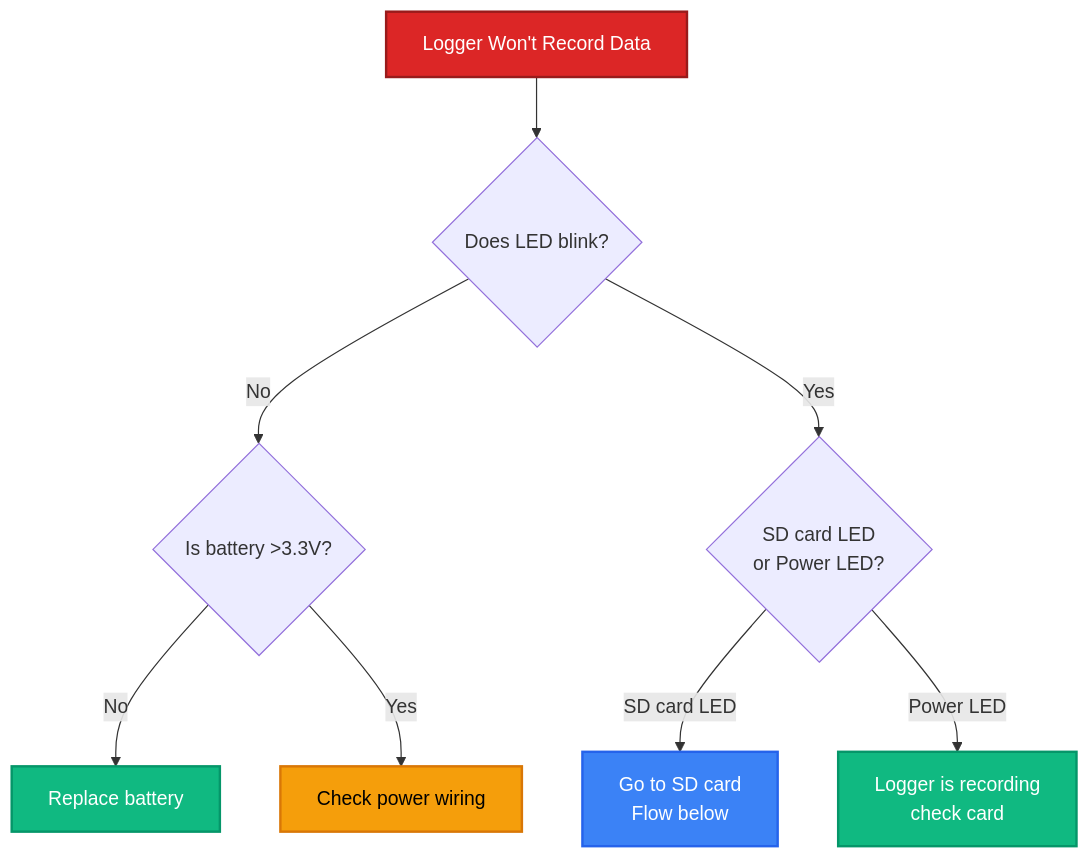
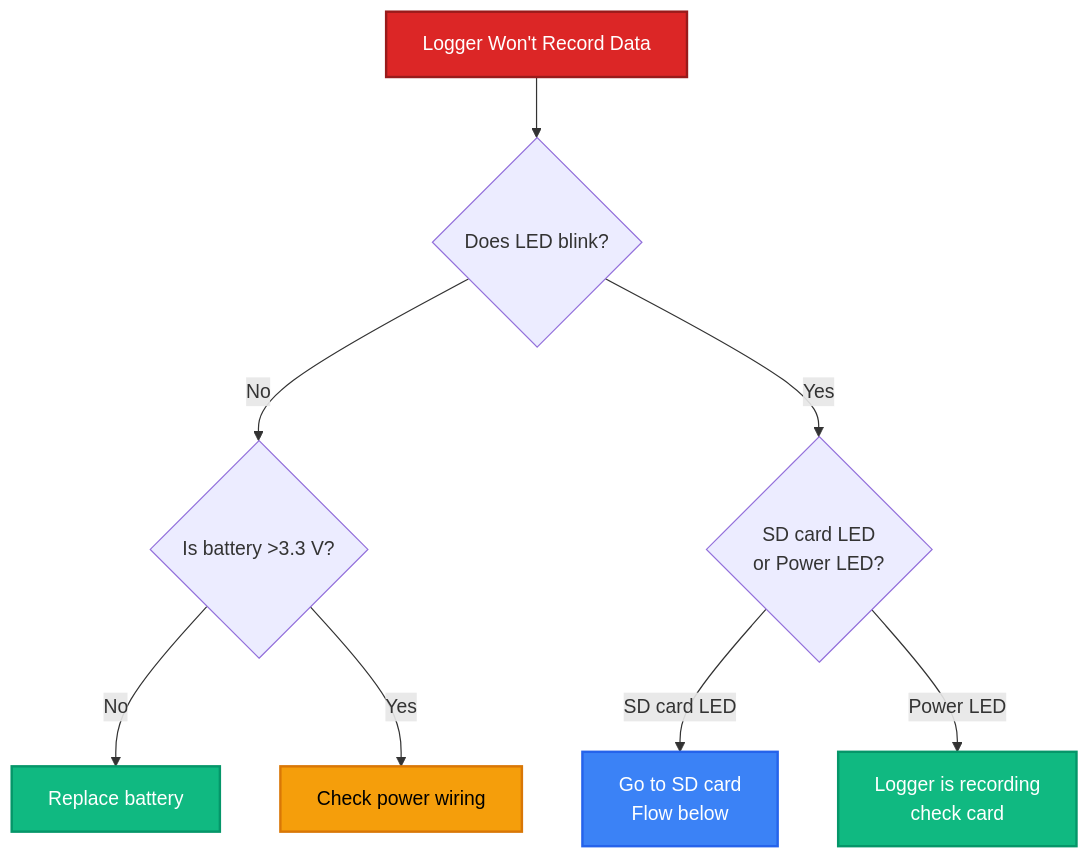
One commit to ICHydro/Riverlabs changed the first of 5 diagrams in docs/en/user-manual/troubleshooting/diagnostic-flowcharts.md. Above: the diagram before and after it, drawn with Mermaid. The commit also changed other lines of this file and 19 other files, not shown here.

````diff
--- a/docs/en/user-manual/troubleshooting/diagnostic-flowcharts.md
+++ b/docs/en/user-manual/troubleshooting/diagnostic-flowcharts.md
@@ -21,16 +21,16 @@
 ```mermaid
 flowchart TD
     A[Logger Won't Record Data] --> B{Does LED blink?}
-    B -->|No| C{Is battery >3.3V?}
+    B -->|No| C{Is battery >3.3 V?}
     B -->|Yes| D{SD card LED<br/>or Power LED?}
     C -->|No| E[Replace battery]
     C -->|Yes| F[Check power wiring]
     D -->|SD card LED| G[Go to SD card<br/>Flow below]
     D -->|Power LED| H[Logger is recording<br/>check card]
     
     style A fill:#dc2626,stroke:#991b1b,stroke-width:2px,color:#fff
     style E fill:#10b981,stroke:#059669,stroke-width:2px,color:#fff
     style F fill:#f59e0b,stroke:#d97706,stroke-width:2px,color:#000
     style G fill:#3b82f6,stroke:#2563eb,stroke-width:2px,color:#fff
     style H fill:#10b981,stroke:#059669,stroke-width:2px,color:#fff
 ```
````
